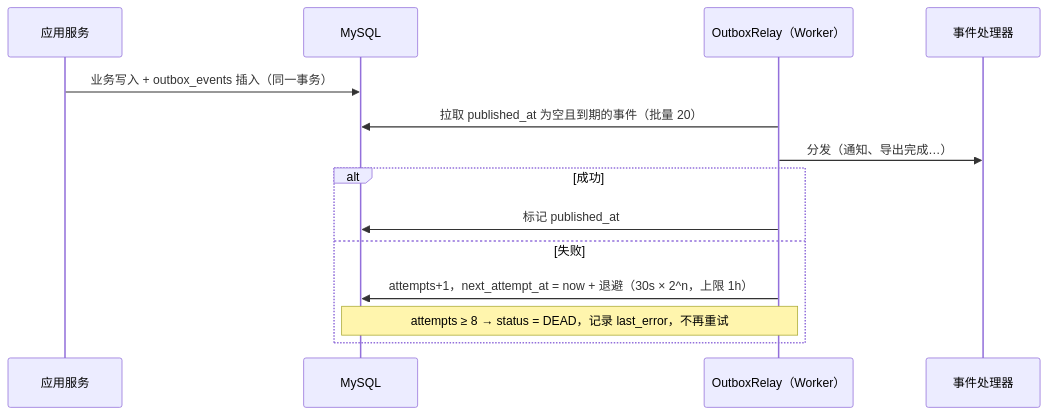
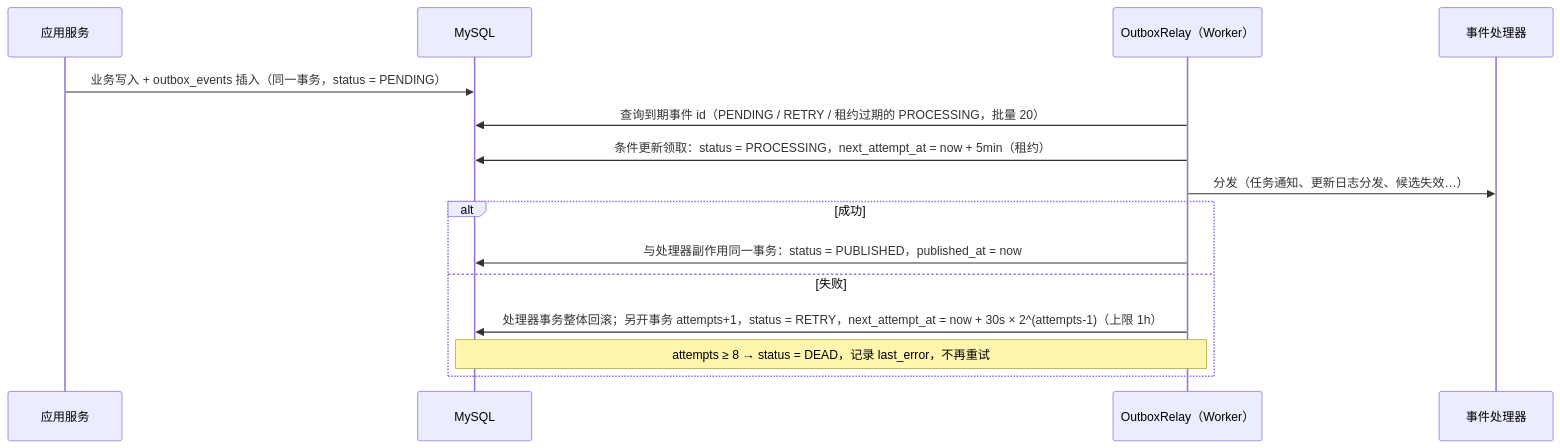
One commit to wjy810/- changed the fifth of 6 diagrams in docs/03-架构设计.md. Above: the diagram before and after it, drawn with Mermaid. The commit also changed other lines of this file and 33 other files, not shown here.

````diff
--- a/docs/03-架构设计.md
+++ b/docs/03-架构设计.md
@@ -380,16 +386,17 @@
 ```mermaid
 sequenceDiagram
     participant S as 应用服务
     participant DB as MySQL
     participant R as OutboxRelay（Worker）
     participant H as 事件处理器
-    S->>DB: 业务写入 + outbox_events 插入（同一事务）
-    R->>DB: 拉取 published_at 为空且到期的事件（批量 20）
-    R->>H: 分发（通知、导出完成…）
+    S->>DB: 业务写入 + outbox_events 插入（同一事务，status = PENDING）
+    R->>DB: 查询到期事件 id（PENDING / RETRY / 租约过期的 PROCESSING，批量 20）
+    R->>DB: 条件更新领取：status = PROCESSING，next_attempt_at = now + 5min（租约）
+    R->>H: 分发（任务通知、更新日志分发、候选失效…）
     alt 成功
-      R->>DB: 标记 published_at
+      R->>DB: 与处理器副作用同一事务：status = PUBLISHED，published_at = now
     else 失败
-      R->>DB: attempts+1，next_attempt_at = now + 退避（30s × 2^n，上限 1h）
+      R->>DB: 处理器事务整体回滚；另开事务 attempts+1，status = RETRY，next_attempt_at = now + 30s × 2^(attempts-1)（上限 1h）
       Note over R,DB: attempts ≥ 8 → status = DEAD，记录 last_error，不再重试
     end
 ```
````
